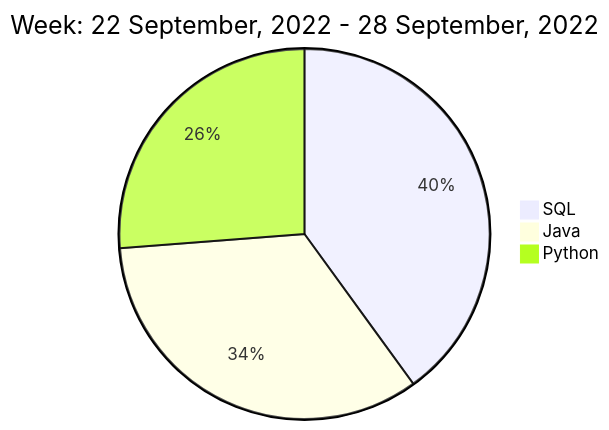
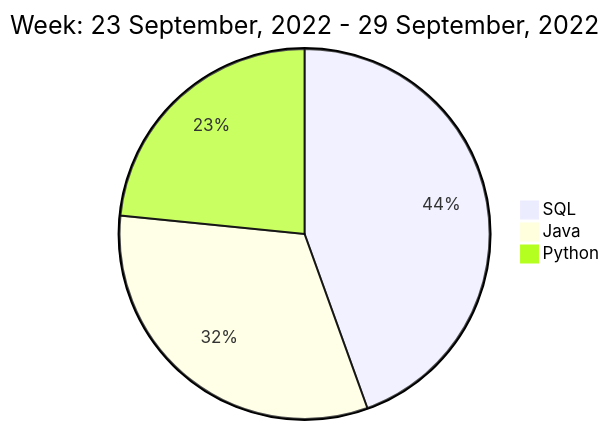
One commit to liubin95/liubin95 changed the diagram in README.md. Above: the diagram before and after it, drawn with Mermaid.

Commit message:
Updated the Graph with new Metrics

````diff
--- a/README.md
+++ b/README.md
@@ -40,7 +40,7 @@
 ```mermaid
  pie
-title Week: 22 September, 2022 - 28 September, 2022
- "SQL" : 2.7
- "Java" : 2.28
- "Python" : 1.77
+title Week: 23 September, 2022 - 29 September, 2022
+ "SQL" : 3.23
+ "Java" : 2.33
+ "Python" : 1.7
 ```
````
